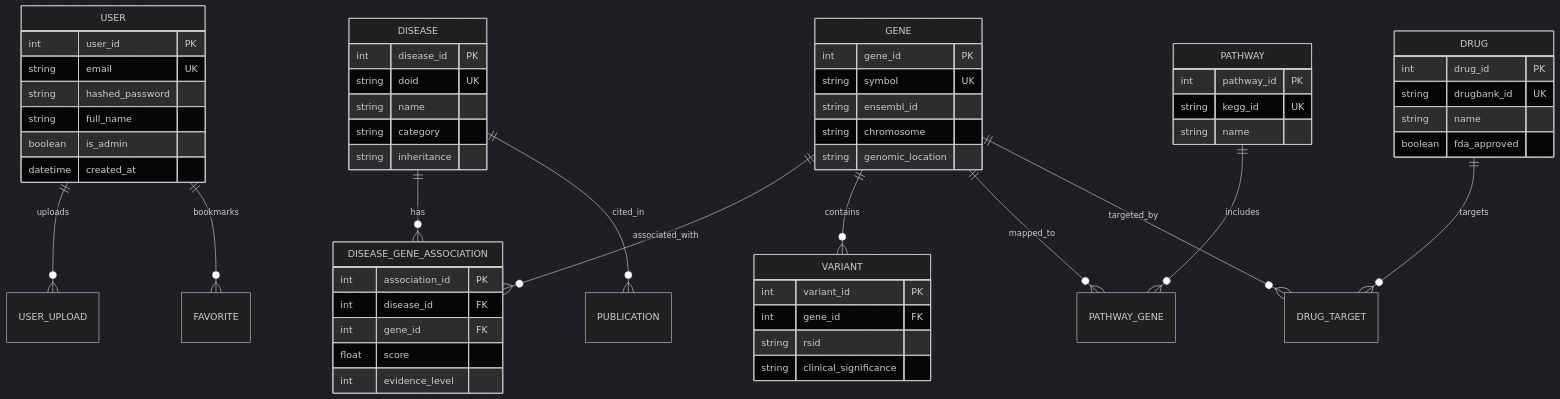
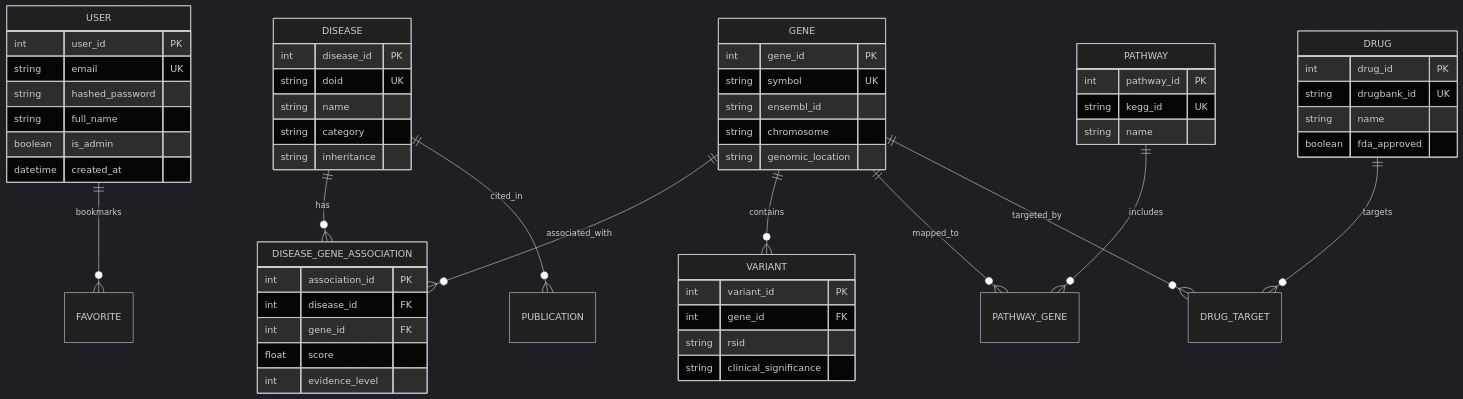
Before and after one commit to Rosi87g/FinalDiseaseGene: the second of 3 diagrams in README.md, drawn with Mermaid (dark theme). The commit also changed other lines of this file and 19 other files, not shown here.

Commit message:
Remove dataset upload, my-uploads, and download APK modules, remove backend upload APIs, and update README

````diff
--- a/README.md
+++ b/README.md
@@ -146,66 +142,65 @@
 ```mermaid
 erDiagram
-    USER ||--o{ USER_UPLOAD : uploads
     USER ||--o{ FAVORITE : bookmarks
     DISEASE ||--o{ DISEASE_GENE_ASSOCIATION : has
     GENE ||--o{ DISEASE_GENE_ASSOCIATION : associated_with
     GENE ||--o{ VARIANT : contains
     GENE ||--o{ PATHWAY_GENE : mapped_to
     PATHWAY ||--o{ PATHWAY_GENE : includes
     DRUG ||--o{ DRUG_TARGET : targets
     GENE ||--o{ DRUG_TARGET : targeted_by
     DISEASE ||--o{ PUBLICATION : cited_in
 
     USER {
         int user_id PK
         string email UK
         string hashed_password
         string full_name
         boolean is_admin
         datetime created_at
     }
 
     DISEASE {
         int disease_id PK
         string doid UK
         string name
         string category
         string inheritance
     }
 
     GENE {
         int gene_id PK
         string symbol UK
         string ensembl_id
         string chromosome
         string genomic_location
     }
 
     DISEASE_GENE_ASSOCIATION {
         int association_id PK
         int disease_id FK
         int gene_id FK
         float score
         int evidence_level
     }
 
     VARIANT {
         int variant_id PK
         int gene_id FK
         string rsid
         string clinical_significance
     }
 
     PATHWAY {
         int pathway_id PK
         string kegg_id UK
         string name
     }
 
     DRUG {
         int drug_id PK
         string drugbank_id UK
         string name
         boolean fda_approved
     }
 ```
````
